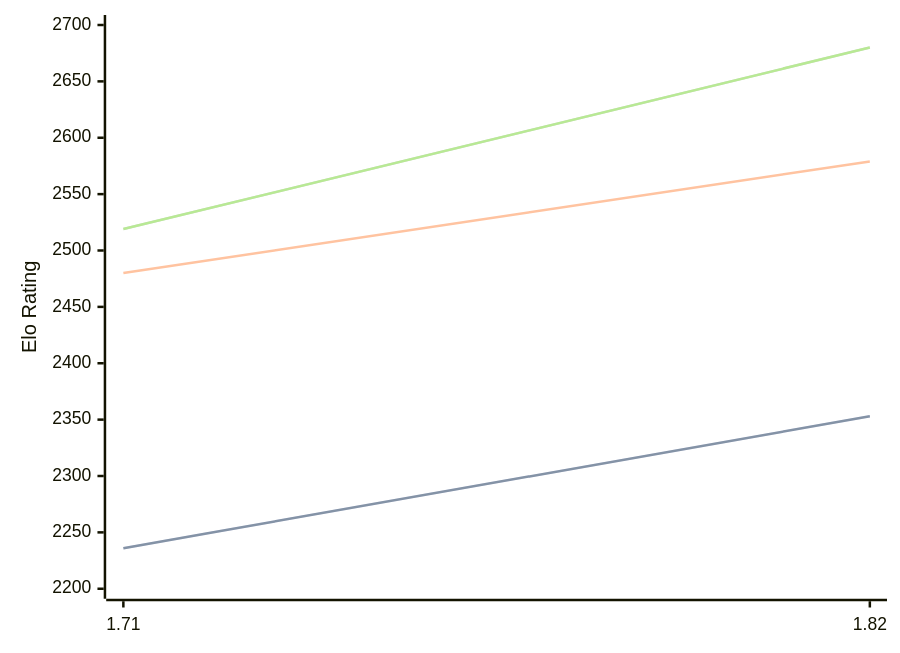
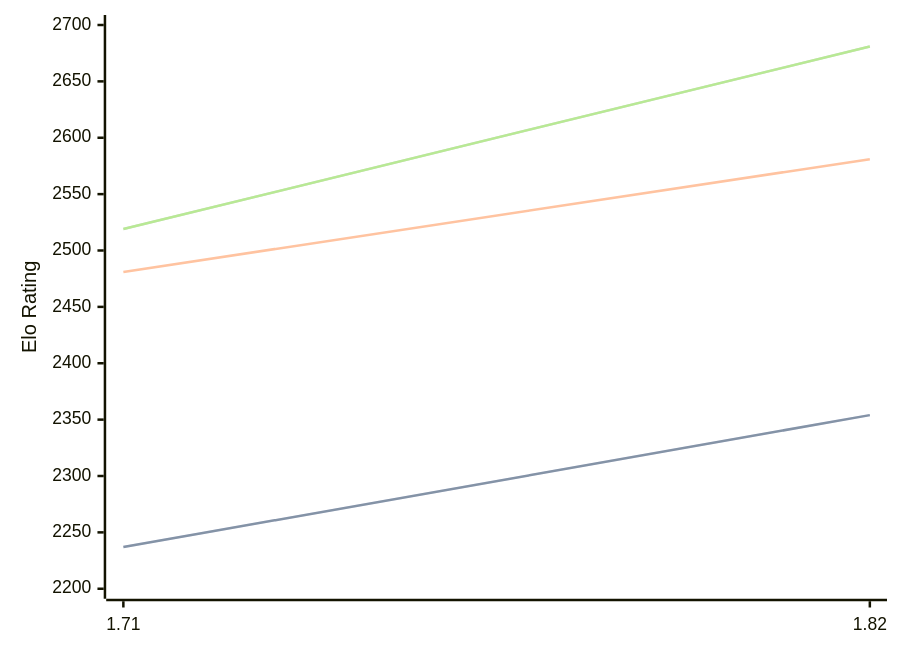
Before and after one commit to computer-chess-index/cci: the diagram in engines/Amira.md, drawn with Mermaid. The commit also changed other lines of this file, not shown here.

Commit message:
Update CCI Ratings (ELO VLTC) - 2026-02-18

````diff
--- a/engines/Amira.md
+++ b/engines/Amira.md
@@ -32,11 +32,11 @@
 ```mermaid
 %%{init: {"theme":"base","themeVariables":{"seriesColors:['#a3a3a3','#222221','#faa371']}}}%%
 xychart-beta
   x-axis ["1.71", "1.82"]
   y-axis "Elo Rating" 2200 --> 2700
-  line "STC (8.0+0.08s)" [2236, 2353]
-  line "STC (8.0+0.08s)" [2236, 2353]
-  line "LTC (60.0+0.60s)" [2480, 2579]
-  line "VLTC (2m24s+1.12s)" [2519, 2680]
-  line "VLTC (2m24s+1.12s)" [2519, 2680]
+  line "STC (8.0+0.08s)" [2237, 2354]
+  line "STC (8.0+0.08s)" [2237, 2354]
+  line "LTC (60.0+0.60s)" [2481, 2581]
+  line "VLTC (2m24s+1.12s)" [2519, 2681]
+  line "VLTC (2m24s+1.12s)" [2519, 2681]
 ```
````
